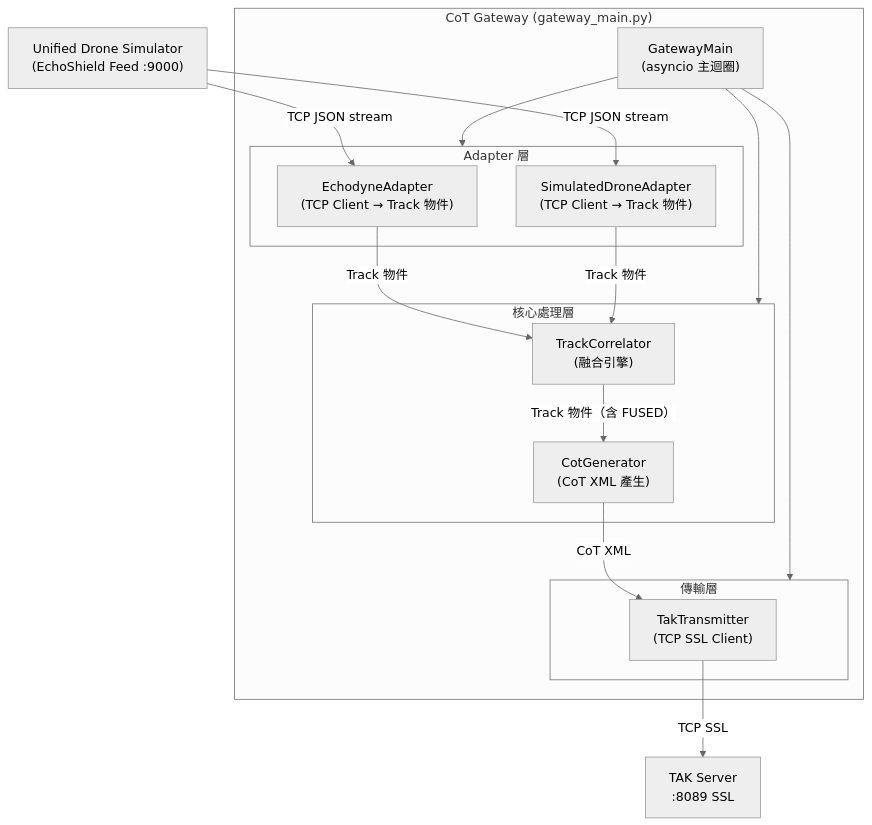
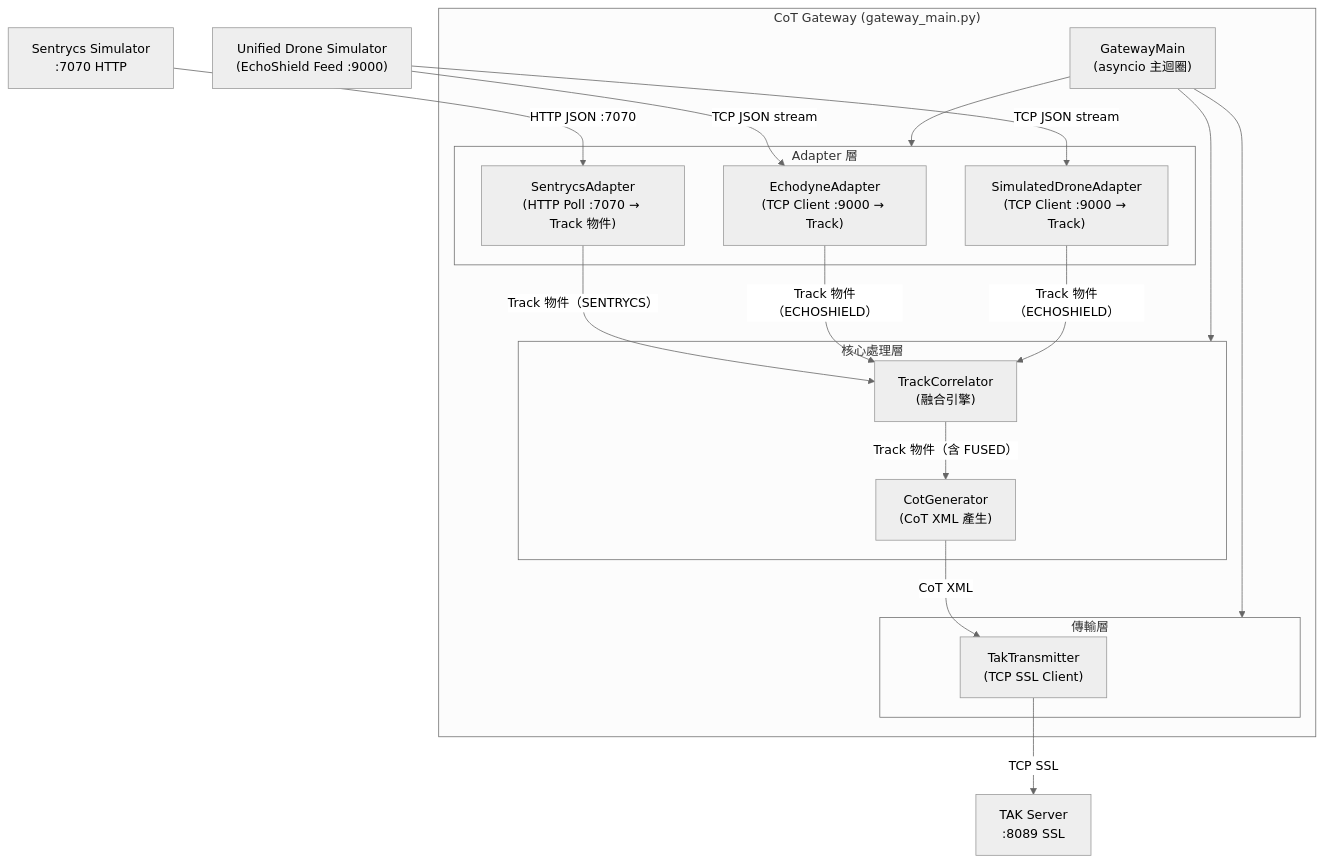
The diagram in docs/system-docs/04-cot-gateway-spec.md (aplool-tw/cics-tak-demo), drawn with Mermaid (neutral theme) before and after one commit. The commit also changed other lines of this file and 5 other files, not shown here.

````diff
--- a/docs/system-docs/04-cot-gateway-spec.md
+++ b/docs/system-docs/04-cot-gateway-spec.md
@@ -33,35 +33,38 @@
 ```mermaid
 
 flowchart TD
     subgraph GATEWAY["CoT Gateway (gateway_main.py)"]
         GM["GatewayMain\n(asyncio 主迴圈)"]
 
         subgraph ADAPTERS["Adapter 層"]
-            EA["EchodyneAdapter\n(TCP Client → Track 物件)"]
-            SDA["SimulatedDroneAdapter\n(TCP Client → Track 物件)"]
+            EA["EchodyneAdapter\n(TCP Client :9000 → Track)"]
+            SDA["SimulatedDroneAdapter\n(TCP Client :9000 → Track)"]
+            SC_A["SentrycsAdapter\n(HTTP Poll :7070 → Track 物件)"]
         end
 
         subgraph CORE["核心處理層"]
             TC["TrackCorrelator\n(融合引擎)"]
             CG["CotGenerator\n(CoT XML 產生)"]
         end
 
         subgraph TRANSMIT["傳輸層"]
             TT["TakTransmitter\n(TCP SSL Client)"]
         end
     end
 
     ES_SIM["Unified Drone Simulator\n(EchoShield Feed :9000)"]
+    SC_SIM["Sentrycs Simulator\n:7070 HTTP"] -->|HTTP JSON :7070| SC_A
     TAK["TAK Server\n:8089 SSL"]
 
     ES_SIM -->|TCP JSON stream| EA
     ES_SIM -->|TCP JSON stream| SDA
-    EA -->|Track 物件| TC
-    SDA -->|Track 物件| TC
+    SC_A -->|Track 物件（SENTRYCS）| TC
+    EA -->|Track 物件（ECHOSHIELD）| TC
+    SDA -->|Track 物件（ECHOSHIELD）| TC
     TC -->|Track 物件（含 FUSED）| CG
     CG -->|CoT XML| TT
     TT -->|TCP SSL| TAK
     GM --> ADAPTERS
     GM --> CORE
     GM --> TRANSMIT
 ```
````
